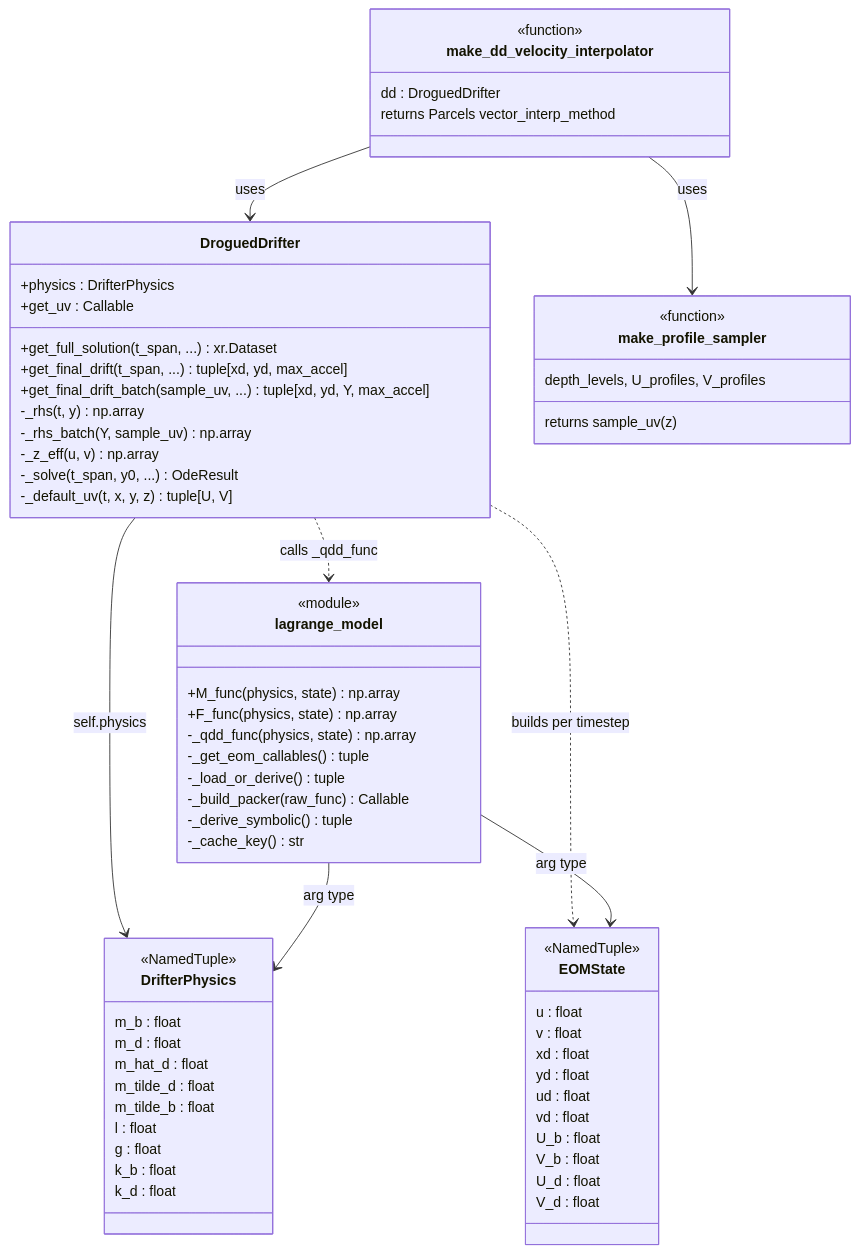
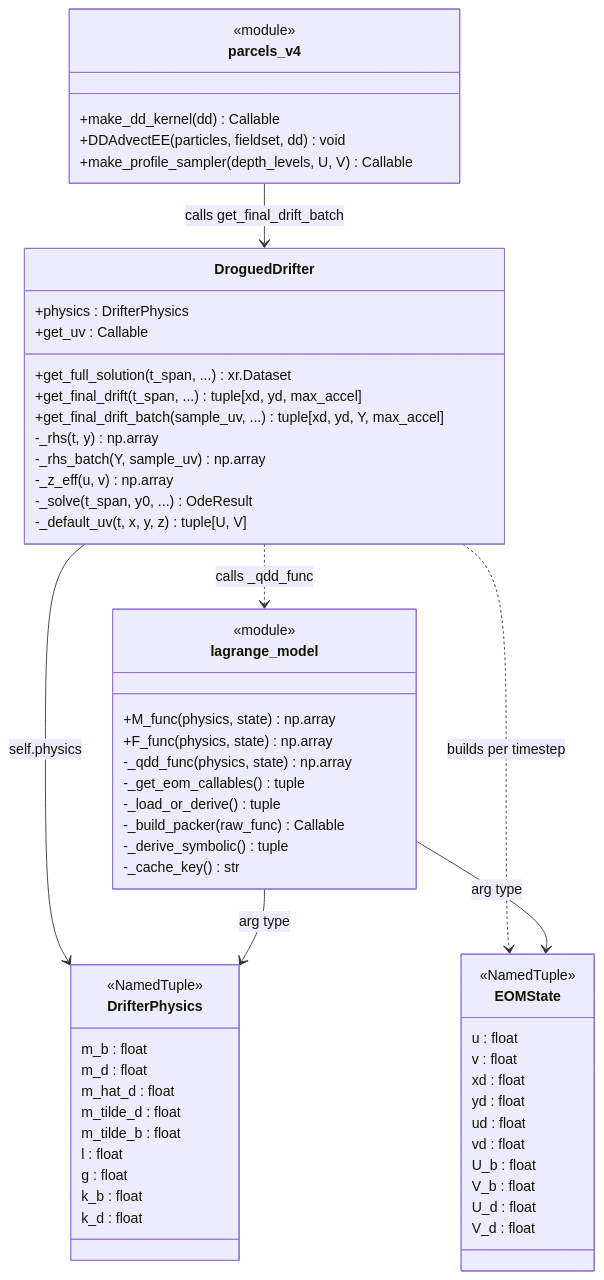
One commit to geomar-od-lagrange/mechanical_drifters changed the first of 6 diagrams in plans/architecture-diagrams.md. Above: the diagram before and after it, drawn with Mermaid. The commit also changed other lines of this file and 6 other files, not shown here.

First line of the commit message:
Add docs/parcels-v4-coupling.md, update CLAUDE.md and diagrams

````diff
--- a/plans/architecture-diagrams.md
+++ b/plans/architecture-diagrams.md
@@ -5,76 +5,70 @@
 ```mermaid
 classDiagram
     class DrifterPhysics {
         <<NamedTuple>>
         m_b : float
         m_d : float
         m_hat_d : float
         m_tilde_d : float
         m_tilde_b : float
         l : float
         g : float
         k_b : float
         k_d : float
     }
 
     class EOMState {
         <<NamedTuple>>
         u : float
         v : float
         xd : float
         yd : float
         ud : float
         vd : float
         U_b : float
         V_b : float
         U_d : float
         V_d : float
     }
 
     class DroguedDrifter {
         +physics : DrifterPhysics
         +get_uv : Callable
         +get_full_solution(t_span, ...) xr.Dataset
         +get_final_drift(t_span, ...) tuple[xd, yd, max_accel]
         +get_final_drift_batch(sample_uv, ...) tuple[xd, yd, Y, max_accel]
         -_rhs(t, y) np.array
         -_rhs_batch(Y, sample_uv) np.array
         -_z_eff(u, v) np.array
         -_solve(t_span, y0, ...) OdeResult
         -_default_uv(t, x, y, z) tuple[U, V]
     }
 
     DroguedDrifter --> DrifterPhysics : self.physics
     DroguedDrifter ..> EOMState : builds per timestep
     DroguedDrifter ..> lagrange_model : calls _qdd_func
 
     class lagrange_model {
         <<module>>
         +M_func(physics, state) np.array
         +F_func(physics, state) np.array
         -_qdd_func(physics, state) np.array
         -_get_eom_callables() tuple
         -_load_or_derive() tuple
         -_build_packer(raw_func) Callable
         -_derive_symbolic() tuple
         -_cache_key() str
     }
 
     lagrange_model --> DrifterPhysics : arg type
     lagrange_model --> EOMState : arg type
 
-    class make_profile_sampler {
-        <<function>>
-        depth_levels, U_profiles, V_profiles
-        returns sample_uv(z)
+    class parcels_v4 {
+        <<module>>
+        +make_dd_kernel(dd) Callable
+        +DDAdvectEE(particles, fieldset, dd) void
+        +make_profile_sampler(depth_levels, U, V) Callable
     }
 
-    class make_dd_velocity_interpolator {
-        <<function>>
-        dd : DroguedDrifter
-        returns Parcels vector_interp_method
-    }
-
-    make_dd_velocity_interpolator --> DroguedDrifter : uses
-    make_dd_velocity_interpolator --> make_profile_sampler : uses
+    parcels_v4 --> DroguedDrifter : calls get_final_drift_batch
 ```
````
